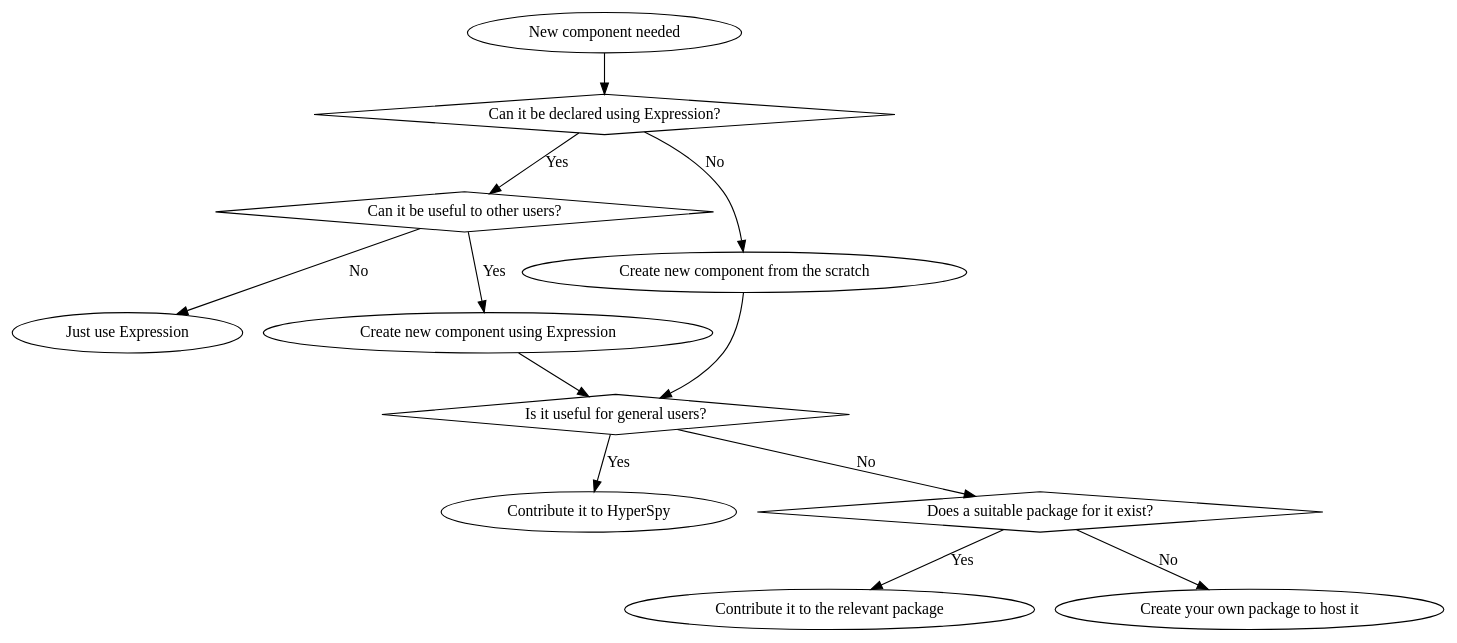
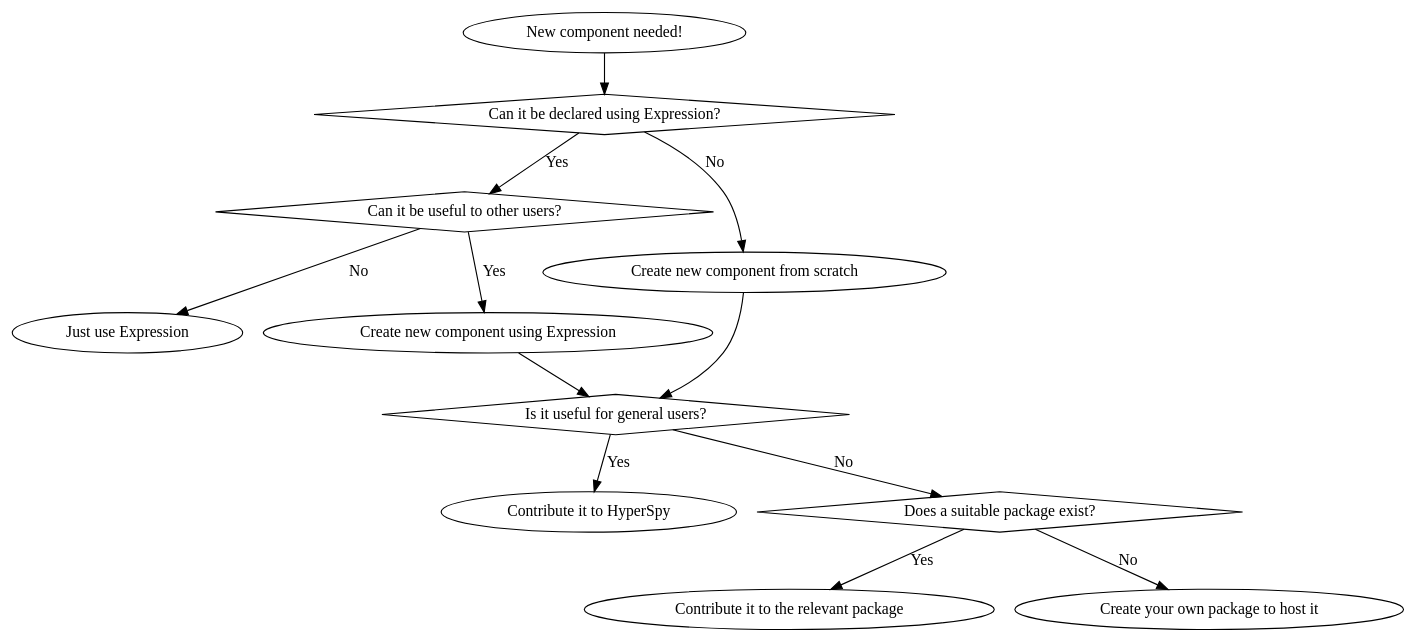
The fourth of 4 diagrams in doc/dev_guide/writing_extensions.rst (hyperspy/hyperspy), drawn with Graphviz before and after one commit. The commit also changed other lines of this file and 10 other files, not shown here.

```diff
--- a/doc/dev_guide/writing_extensions.rst
+++ b/doc/dev_guide/writing_extensions.rst
@@ -241,29 +241,29 @@
 .. graphviz::
 
     digraph G {
 
 
-        A [label="New component needed"]
+        A [label="New component needed!"]
         B [label="Can it be declared using Expression?",shape="diamond"]
         C [label="Can it be useful to other users?",shape="diamond"]
         D [label="Just use Expression"]
         E [label="Create new component using Expression"]
-        F [label="Create new component from the scratch"]
+        F [label="Create new component from scratch"]
         G [label="Is it useful for general users?",shape="diamond"]
         H [label="Contribute it to HyperSpy"]
-        I [label="Does a suitable package for it exist?",shape="diamond"]
+        I [label="Does a suitable package exist?",shape="diamond"]
         J [label="Contribute it to the relevant package"]
         K [label="Create your own package to host it"]
 
         A->B
         B->C [label="Yes"]
         B->F [label="No"]
         C->E [label="Yes"]
         C->D [label="No"]
         E->G
         F->G
         G->H [label="Yes"]
         G->I [label="No"]
         I->J [label="Yes"]
         I->K [label="No"]
     }
```
